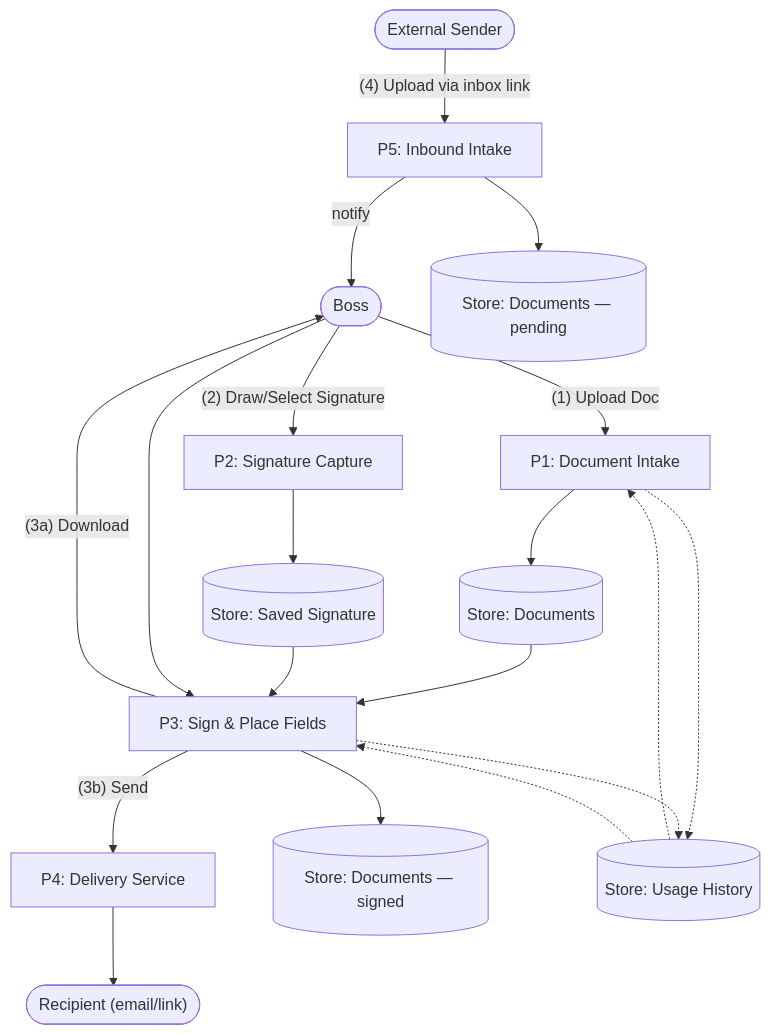
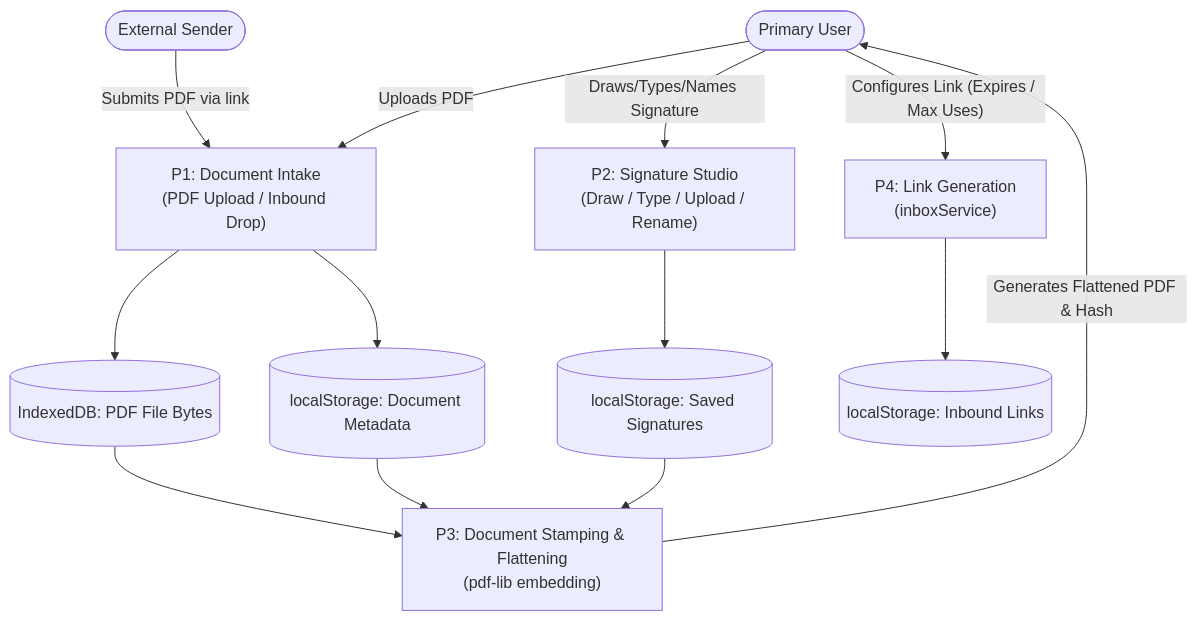
One commit to nyxieeee/Inky changed the third of 4 diagrams in esign-app-plan.md. Above: the diagram before and after it, drawn with Mermaid. The commit also changed other lines of this file and 34 other files, not shown here.

Commit message:
fix/add: added supabase support and fixed ui bugs along with signature feature, renaming and inky token for shareable links

````diff
--- a/esign-app-plan.md
+++ b/esign-app-plan.md
@@ -146,33 +150,31 @@
 ```mermaid
 flowchart TB
-    Boss(["Boss"])
+    User(["Primary User"])
     Sender(["External Sender"])
-    Recipient(["Recipient (email/link)"])
 
-    P1["P1: Document Intake"]
-    P2["P2: Signature Capture"]
-    P3["P3: Sign & Place Fields"]
-    P4["P4: Delivery Service"]
-    P5["P5: Inbound Intake"]
+    P1["P1: Document Intake\n(PDF Upload / Inbound Drop)"]
+    P2["P2: Signature Studio\n(Draw / Type / Upload / Rename)"]
+    P3["P3: Document Stamping & Flattening\n(pdf-lib embedding)"]
+    P4["P4: Link Generation\n(inboxService)"]
 
-    D1[("Store: Documents")]
-    D2[("Store: Saved Signature")]
-    D3[("Store: Documents — signed")]
-    D4[("Store: Documents — pending")]
-    D5[("Store: Usage History")]
+    S1[("IndexedDB: PDF File Bytes")]
+    S2[("localStorage: Document Metadata")]
+    S3[("localStorage: Saved Signatures")]
+    S4[("localStorage: Inbound Links")]
 
-    Boss -- "(1) Upload Doc" --> P1 --> D1
-    Boss -- "(2) Draw/Select Signature" --> P2 --> D2
-    D1 --> P3
-    D2 --> P3
-    P3 --> D3
-    P3 -- "(3a) Download" --> Boss
-    P3 -- "(3b) Send" --> P4 --> Recipient
-    Sender -- "(4) Upload via inbox link" --> P5 --> D4
-    P5 -- "notify" --> Boss --> P3
+    User -- "Uploads PDF" --> P1
+    Sender -- "Submits PDF via link" --> P1
+    P1 --> S1
+    P1 --> S2
 
-    P1 -.-> D5
-    P3 -.-> D5
-    D5 -.-> P1
-    D5 -.-> P3
+    User -- "Draws/Types/Names Signature" --> P2
+    P2 --> S3
+
+    S1 --> P3
+    S2 --> P3
+    S3 --> P3
+    P3 -- "Generates Flattened PDF & Hash" --> User
+
+    User -- "Configures Link (Expires / Max Uses)" --> P4
+    P4 --> S4
 ```
````
